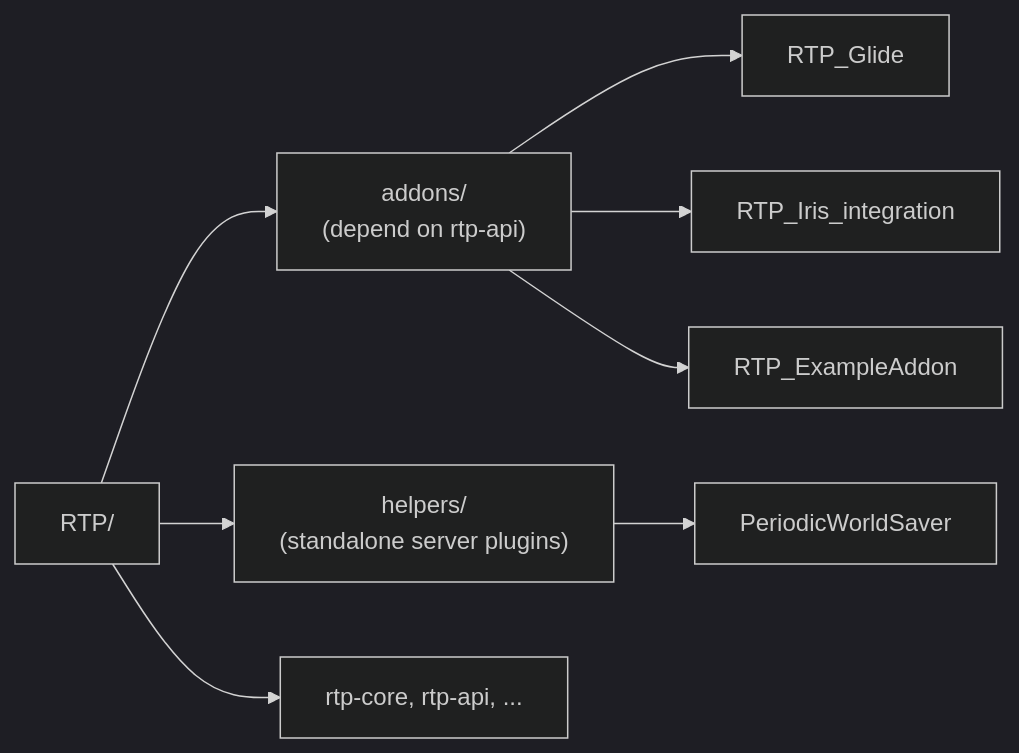
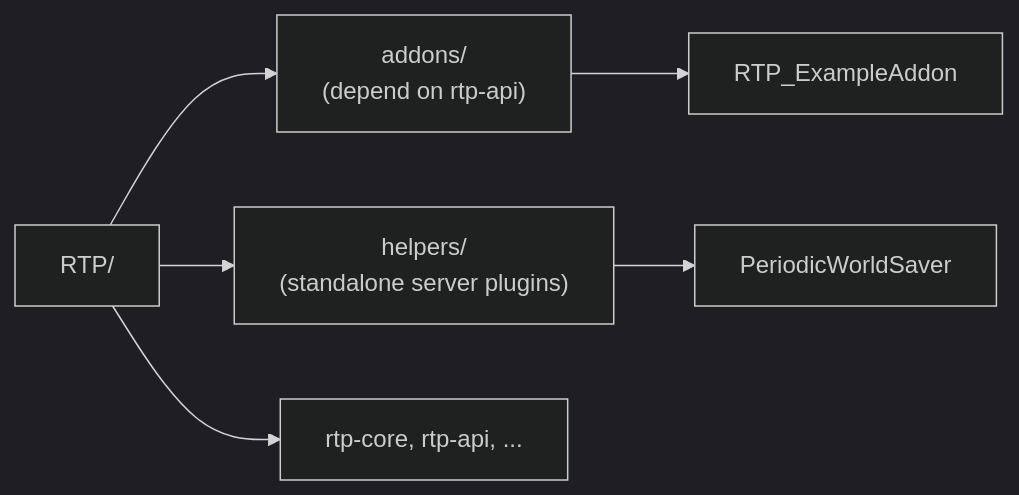
The second of 2 diagrams in helpers/PeriodicWorldSaver/README.md (DailyStruggle/RTP), drawn with Mermaid (dark theme) before and after one commit. The commit also changed 3 other files, not shown here.

````diff
--- a/helpers/PeriodicWorldSaver/README.md
+++ b/helpers/PeriodicWorldSaver/README.md
@@ -98,11 +98,9 @@
 ```mermaid
 flowchart LR
     Root["RTP/"]
     Root --> AddonsDir["addons/<br/>(depend on rtp-api)"]
     Root --> HelpersDir["helpers/<br/>(standalone server plugins)"]
     Root --> CoreModules["rtp-core, rtp-api, ..."]
-    AddonsDir --> Glide["RTP_Glide"]
-    AddonsDir --> Iris["RTP_Iris_integration"]
     AddonsDir --> Example["RTP_ExampleAddon"]
     HelpersDir --> Saver["PeriodicWorldSaver"]
 ```
````
